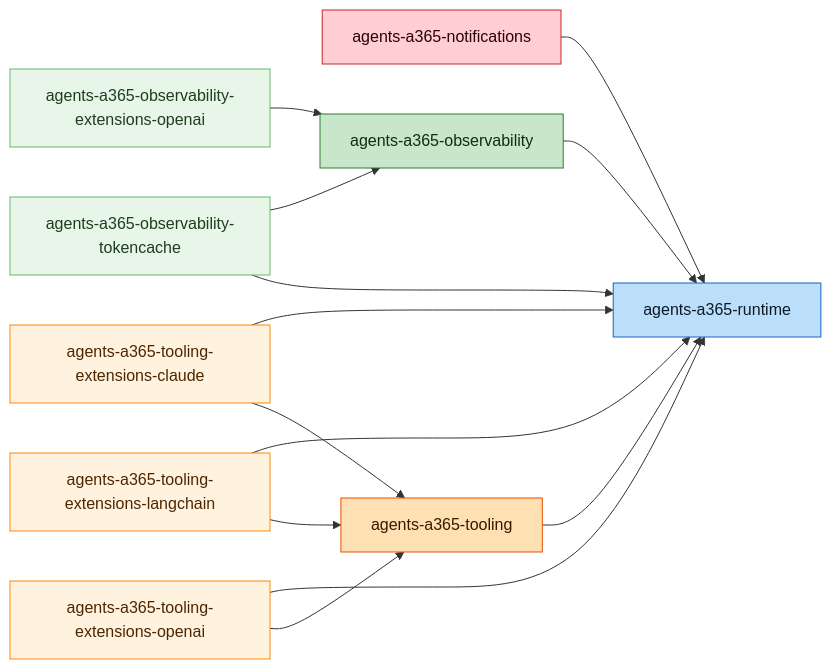
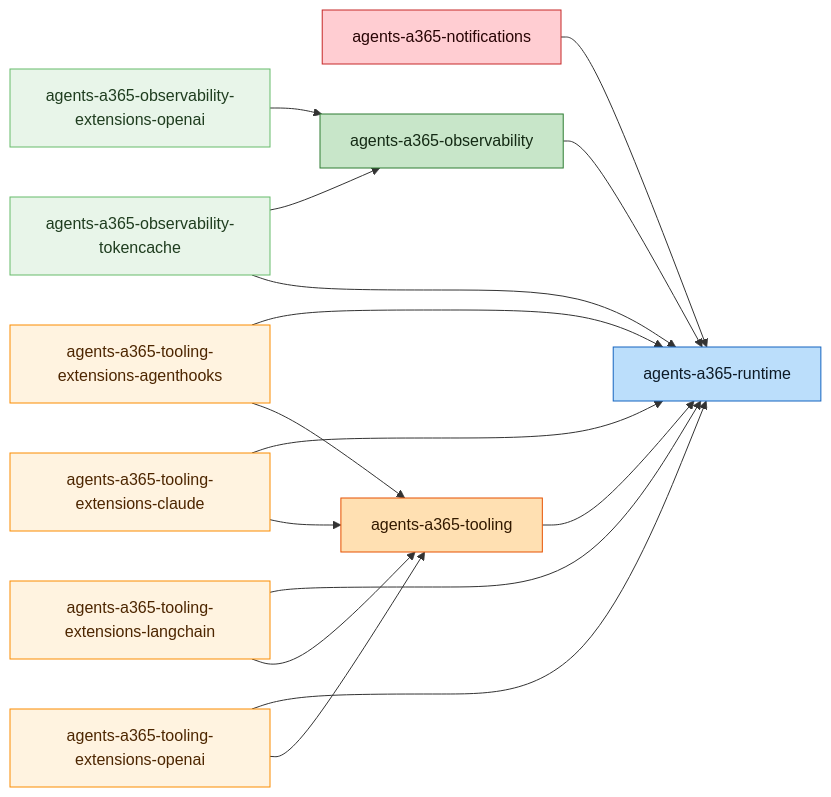
Before and after one commit to microsoft/Agent365-nodejs: the diagram in DEPENDENCIES.md, drawn with Mermaid. The commit also changed 34 other files, not shown here.

````diff
--- a/DEPENDENCIES.md
+++ b/DEPENDENCIES.md
@@ -5,35 +5,39 @@
 ```mermaid
 graph LR
   agents_a365_notifications[agents-a365-notifications]
   agents_a365_observability[agents-a365-observability]
   agents_a365_observability_extensions_openai[agents-a365-observability-extensions-openai]
   agents_a365_observability_tokencache[agents-a365-observability-tokencache]
   agents_a365_runtime[agents-a365-runtime]
   agents_a365_tooling[agents-a365-tooling]
+  agents_a365_tooling_extensions_agenthooks[agents-a365-tooling-extensions-agenthooks]
   agents_a365_tooling_extensions_claude[agents-a365-tooling-extensions-claude]
   agents_a365_tooling_extensions_langchain[agents-a365-tooling-extensions-langchain]
   agents_a365_tooling_extensions_openai[agents-a365-tooling-extensions-openai]
 
   agents_a365_notifications --> agents_a365_runtime
   agents_a365_observability --> agents_a365_runtime
   agents_a365_observability_extensions_openai --> agents_a365_observability
   agents_a365_observability_tokencache --> agents_a365_observability
   agents_a365_observability_tokencache --> agents_a365_runtime
   agents_a365_tooling --> agents_a365_runtime
+  agents_a365_tooling_extensions_agenthooks --> agents_a365_runtime
+  agents_a365_tooling_extensions_agenthooks --> agents_a365_tooling
   agents_a365_tooling_extensions_claude --> agents_a365_runtime
   agents_a365_tooling_extensions_claude --> agents_a365_tooling
   agents_a365_tooling_extensions_langchain --> agents_a365_runtime
   agents_a365_tooling_extensions_langchain --> agents_a365_tooling
   agents_a365_tooling_extensions_openai --> agents_a365_runtime
   agents_a365_tooling_extensions_openai --> agents_a365_tooling
 
   style agents_a365_notifications fill:#ffcdd2,stroke:#c62828,color:#280505
   style agents_a365_observability fill:#c8e6c9,stroke:#2e7d32,color:#142a14
   style agents_a365_observability_extensions_openai fill:#e8f5e9,stroke:#66bb6a,color:#1f3d1f
   style agents_a365_observability_tokencache fill:#e8f5e9,stroke:#66bb6a,color:#1f3d1f
   style agents_a365_runtime fill:#bbdefb,stroke:#1565c0,color:#0d1a26
   style agents_a365_tooling fill:#ffe0b2,stroke:#e65100,color:#331a00
+  style agents_a365_tooling_extensions_agenthooks fill:#fff3e0,stroke:#fb8c00,color:#4d2600
   style agents_a365_tooling_extensions_claude fill:#fff3e0,stroke:#fb8c00,color:#4d2600
   style agents_a365_tooling_extensions_langchain fill:#fff3e0,stroke:#fb8c00,color:#4d2600
   style agents_a365_tooling_extensions_openai fill:#fff3e0,stroke:#fb8c00,color:#4d2600
 ```
````
